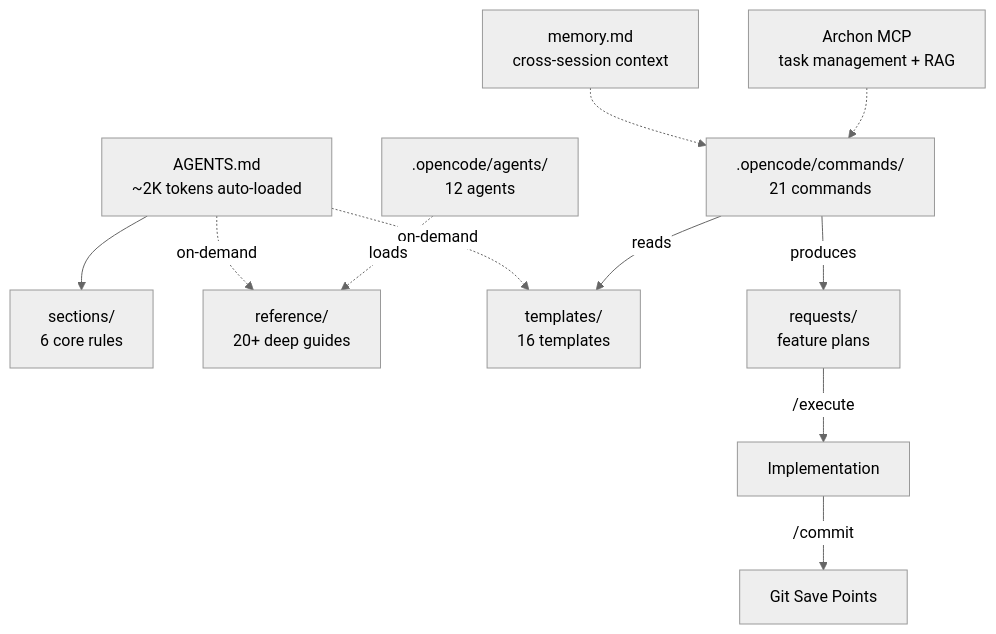
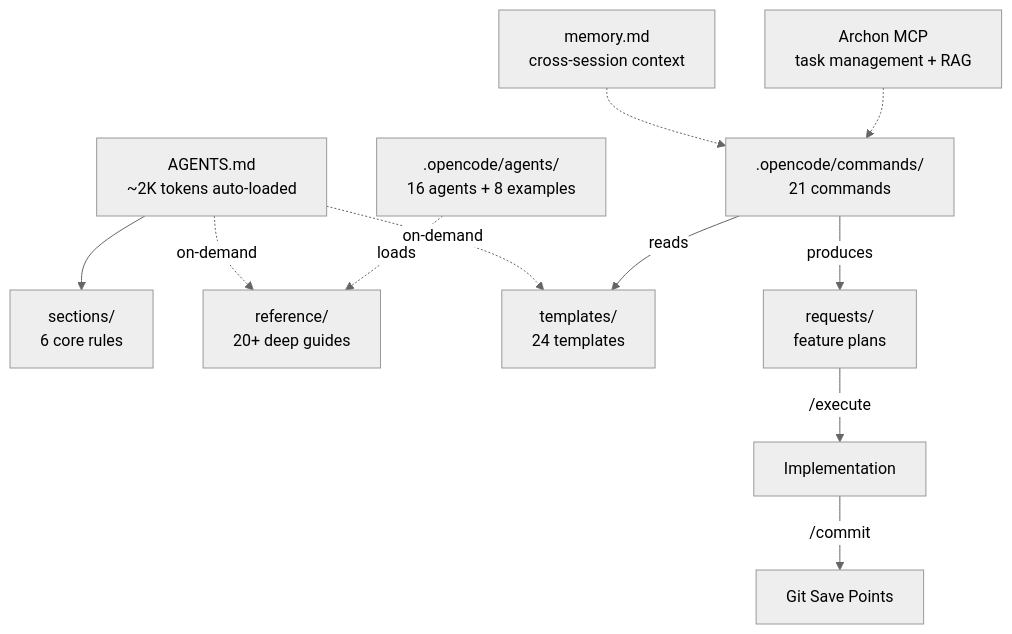
One commit to ryanjosebrosas/original-coding-system changed the second of 2 diagrams in README.md. Above: the diagram before and after it, drawn with Mermaid (neutral theme). The commit also changed other lines of this file, not shown here.

````diff
--- a/README.md
+++ b/README.md
@@ -46,17 +46,17 @@
 ```mermaid
 graph TD
     AGENTS["AGENTS.md<br/>~2K tokens auto-loaded"] --> S["sections/<br/>6 core rules"]
     AGENTS -.->|"on-demand"| R["reference/<br/>20+ deep guides"]
-    AGENTS -.->|"on-demand"| T["templates/<br/>16 templates"]
+    AGENTS -.->|"on-demand"| T["templates/<br/>24 templates"]
 
     CMD[".opencode/commands/<br/>21 commands"] -->|"reads"| T
     CMD -->|"produces"| REQ["requests/<br/>feature plans"]
 
-    AG[".opencode/agents/<br/>12 agents"] -.->|"loads"| R
+    AG[".opencode/agents/<br/>16 agents + 8 examples"] -.->|"loads"| R
 
     MEM["memory.md<br/>cross-session context"] -.-> CMD
     ARCHON["Archon MCP<br/>task management + RAG"] -.-> CMD
 
     REQ -->|"/execute"| IMPL["Implementation"]
     IMPL -->|"/commit"| GIT["Git Save Points"]
 ```
````
